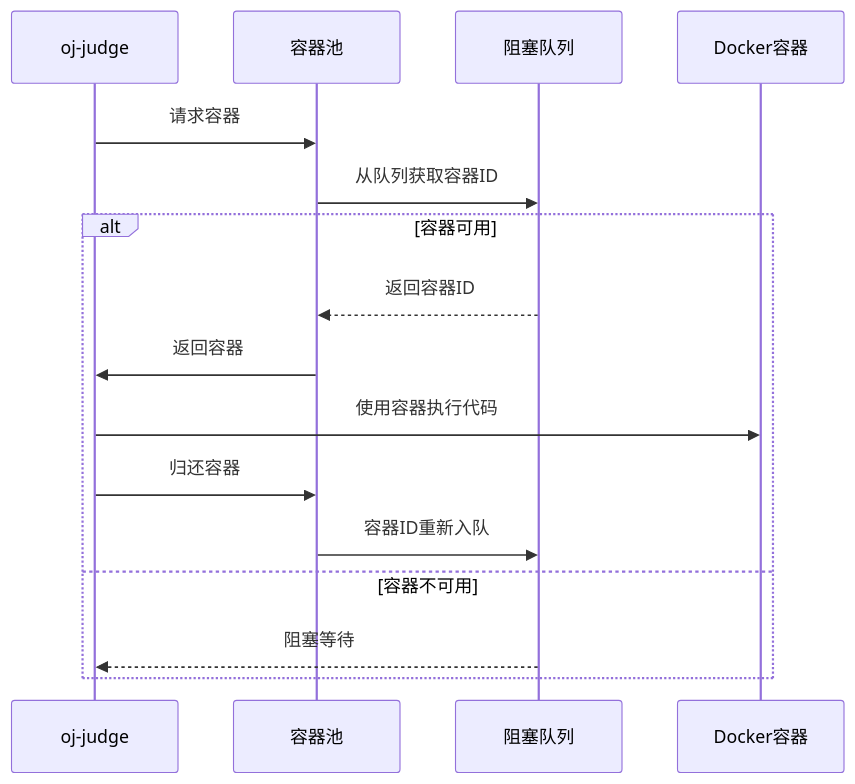
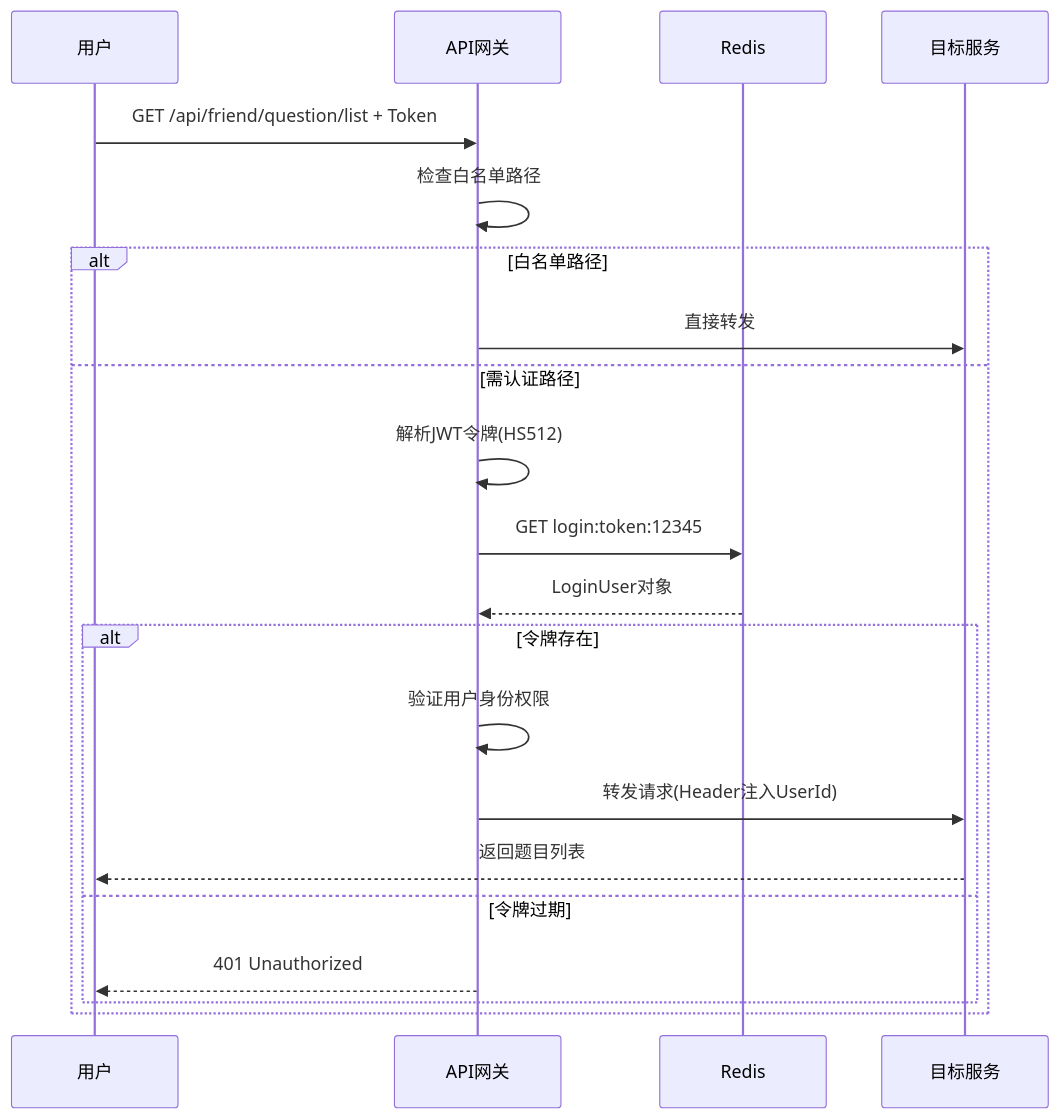
The ninth of 14 diagrams in README.md (1067367579/coding-arena), drawn with Mermaid before and after one commit. The commit also changed other lines of this file and 1 other file, not shown here.

````diff
--- a/README.md
+++ b/README.md
@@ -410,19 +576,24 @@
 ```mermaid
 sequenceDiagram
-    participant J as oj-judge
-    participant P as 容器池
-    participant Q as 阻塞队列
-    participant D as Docker容器
+    participant U as 用户
+    participant G as API网关
+    participant R as Redis
+    participant S as 目标服务
 
-    J->>P: 请求容器
-    P->>Q: 从队列获取容器ID
-    alt 容器可用
-        Q-->>P: 返回容器ID
-        P->>J: 返回容器
-        J->>D: 使用容器执行代码
-        J->>P: 归还容器
-        P->>Q: 容器ID重新入队
-    else 容器不可用
-        Q-->>J: 阻塞等待
+    U->>G: GET /api/friend/question/list + Token
+    G->>G: 检查白名单路径
+    alt 白名单路径
+        G->>S: 直接转发
+    else 需认证路径
+        G->>G: 解析JWT令牌(HS512)
+        G->>R: GET login:token:12345
+        R-->>G: LoginUser对象
+        alt 令牌存在
+            G->>G: 验证用户身份权限
+            G->>S: 转发请求(Header注入UserId)
+            S-->>U: 返回题目列表
+        else 令牌过期
+            G-->>U: 401 Unauthorized
+        end
     end
 ```
````
